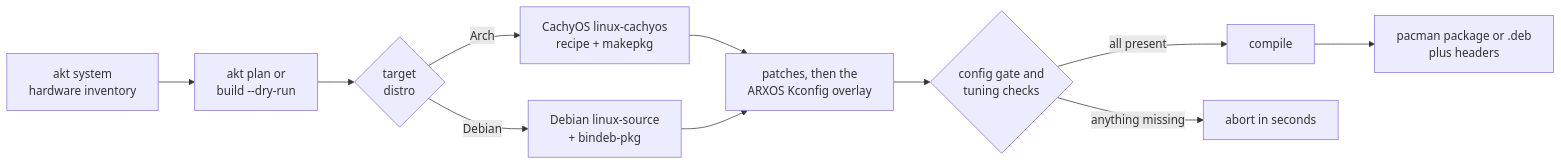
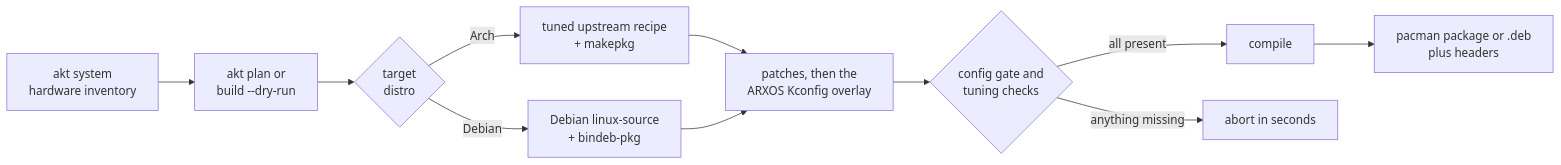
One commit to 0xb0rn3/kernel-builder changed the diagram in README.md. Above: the diagram before and after it, drawn with Mermaid. The commit also changed other lines of this file and 7 other files, not shown here.

````diff
--- a/README.md
+++ b/README.md
@@ -85,13 +85,13 @@
 ```mermaid
 flowchart LR
     A["akt system<br/>hardware inventory"] --> B["akt plan or<br/>build --dry-run"]
     B --> C{"target<br/>distro"}
-    C -->|Arch| D["CachyOS linux-cachyos<br/>recipe + makepkg"]
+    C -->|Arch| D["tuned upstream recipe<br/>+ makepkg"]
     C -->|Debian| E["Debian linux-source<br/>+ bindeb-pkg"]
     D --> F["patches, then the<br/>ARXOS Kconfig overlay"]
     E --> F
     F --> G{"config gate and<br/>tuning checks"}
     G -->|"all present"| H["compile"]
     G -->|"anything missing"| X["abort in seconds"]
     H --> I["pacman package or .deb<br/>plus headers"]
 ```
````
